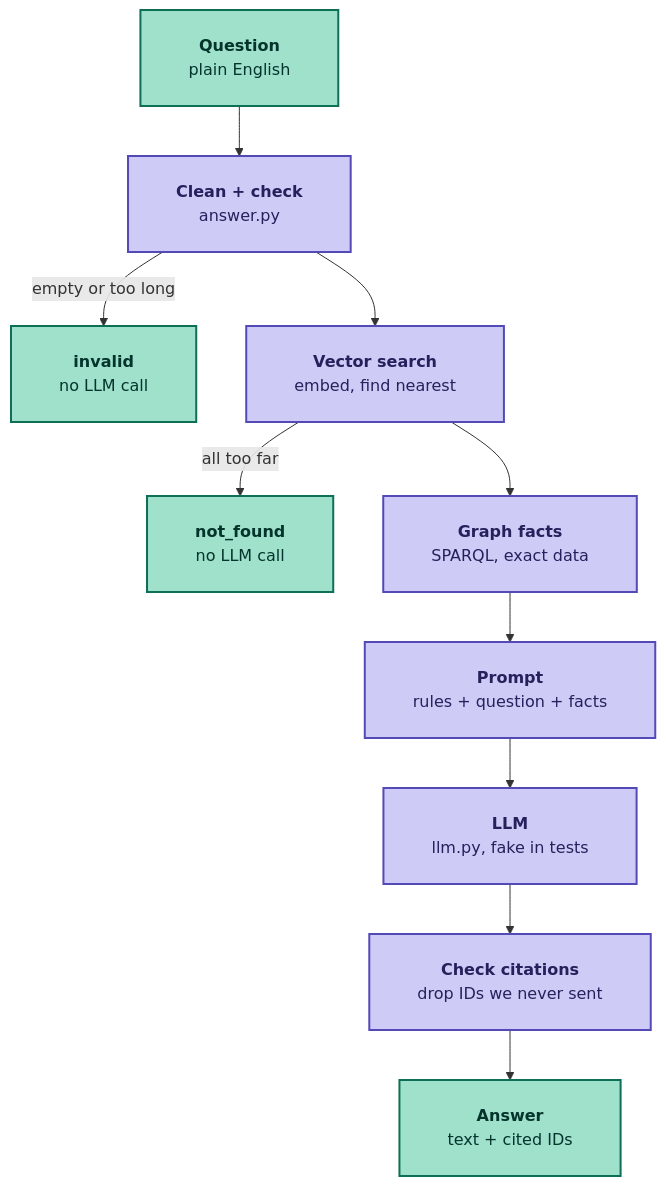
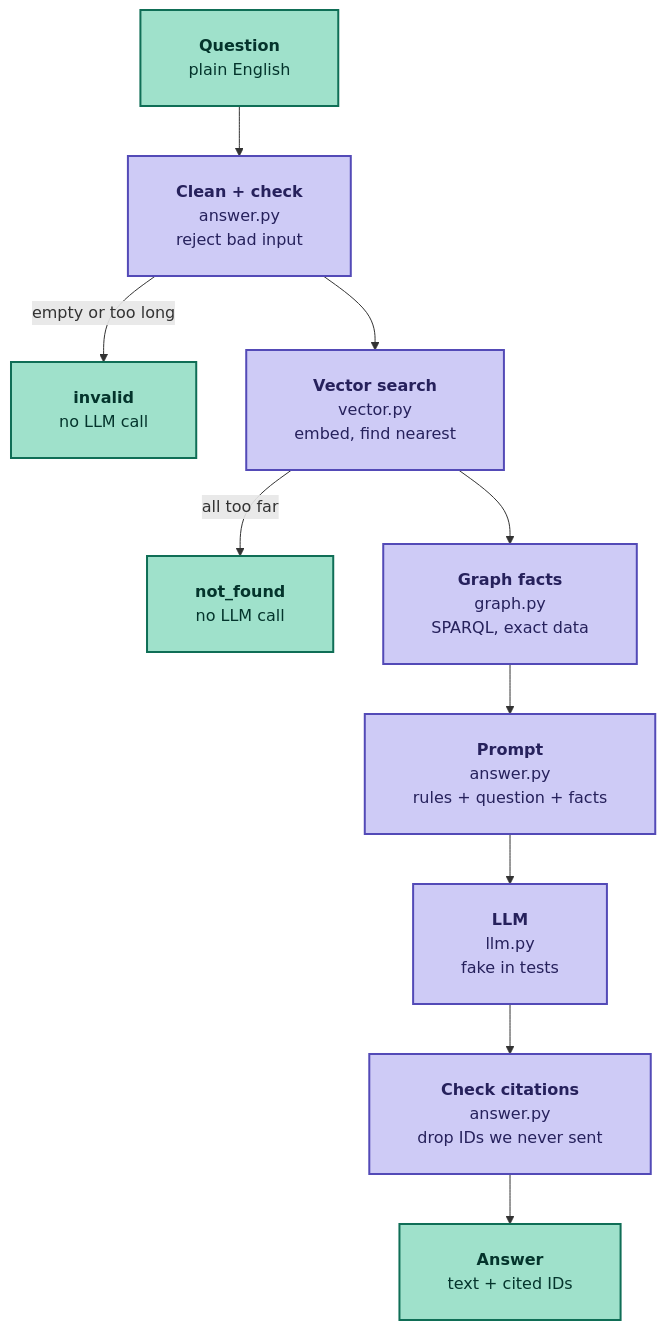
Before and after one commit to jbb-codes/attack-graph-rag: the diagram in docs/learning/issue-05-ask-pipeline.md, drawn with Mermaid.

Commit message:
docs(learning): keep source file names in ask diagram labels
Closes #5

````diff
--- a/docs/learning/issue-05-ask-pipeline.md
+++ b/docs/learning/issue-05-ask-pipeline.md
@@ -14,32 +14,38 @@
 ```mermaid
 ---
 config:
   flowchart:
     padding: 24
     wrappingWidth: 300
 ---
 flowchart TD
   Q["`**Question**
   plain English`"] --> C["`**Clean + check**
-  answer.py`"]
+  answer.py
+  reject bad input`"]
   C -->|empty or too long| X["`**invalid**
   no LLM call`"]
   C --> S["`**Vector search**
+  vector.py
   embed, find nearest`"]
   S -->|all too far| N["`**not_found**
   no LLM call`"]
   S --> G["`**Graph facts**
+  graph.py
   SPARQL, exact data`"]
   G --> P["`**Prompt**
+  answer.py
   rules + question + facts`"]
   P --> L["`**LLM**
-  llm.py, fake in tests`"]
+  llm.py
+  fake in tests`"]
   L --> V["`**Check citations**
+  answer.py
   drop IDs we never sent`"]
   V --> A["`**Answer**
   text + cited IDs`"]
   classDef data fill:#9FE1CB,stroke:#0F6E56,stroke-width:2px,color:#04342C
   classDef code fill:#CECBF6,stroke:#534AB7,stroke-width:2px,color:#26215C
   class Q,X,N,A data
   class C,S,G,P,L,V code
 ```
````
